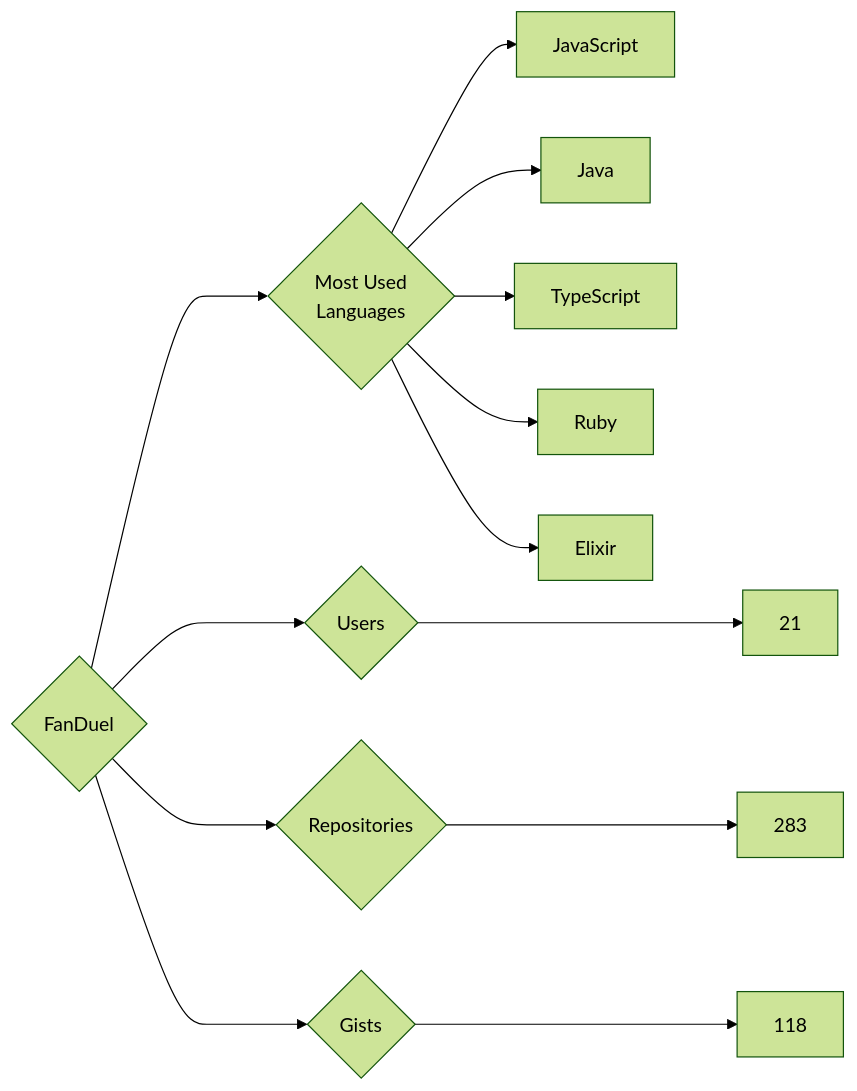
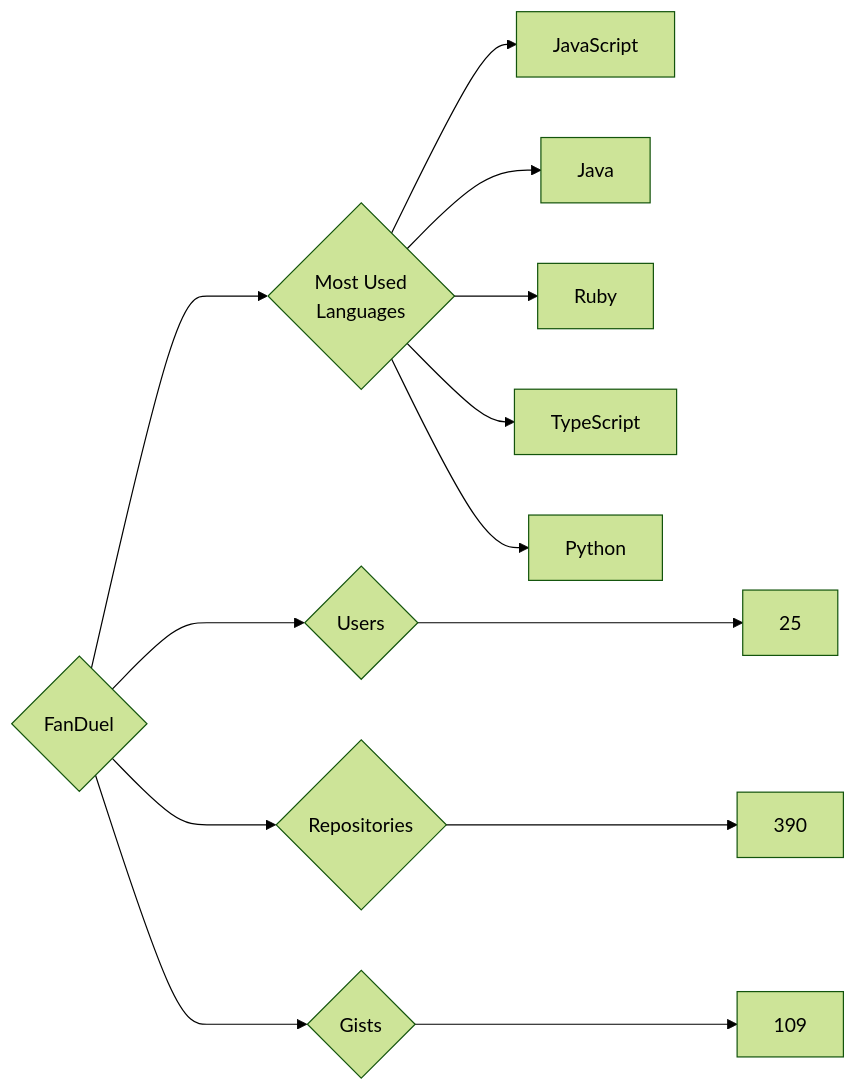
The diagram in targets/FanDuel/README.md (trickest/insiders), drawn with Mermaid (forest theme) before and after one commit. The commit also changed 916 other files, not shown here.

````diff
--- a/targets/FanDuel/README.md
+++ b/targets/FanDuel/README.md
@@ -3,13 +3,13 @@
 ```mermaid
 graph LR
 COMPANY_NAME{FanDuel}
-COMPANY_NAME ---> U{Users} ---> UN[21]
-COMPANY_NAME ---> R{Repositories} ---> RN[283]
-COMPANY_NAME ---> G{Gists} ---> GN[118]
+COMPANY_NAME ---> U{Users} ---> UN[25]
+COMPANY_NAME ---> R{Repositories} ---> RN[390]
+COMPANY_NAME ---> G{Gists} ---> GN[109]
 COMPANY_NAME ---> ML{Most Used<br>Languages}
 ML --> JavaScript[JavaScript]
 ML --> Java[Java]
+ML --> Ruby[Ruby]
 ML --> TypeScript[TypeScript]
-ML --> Ruby[Ruby]
-ML --> Elixir[Elixir]
+ML --> Python[Python]
 ```
````
